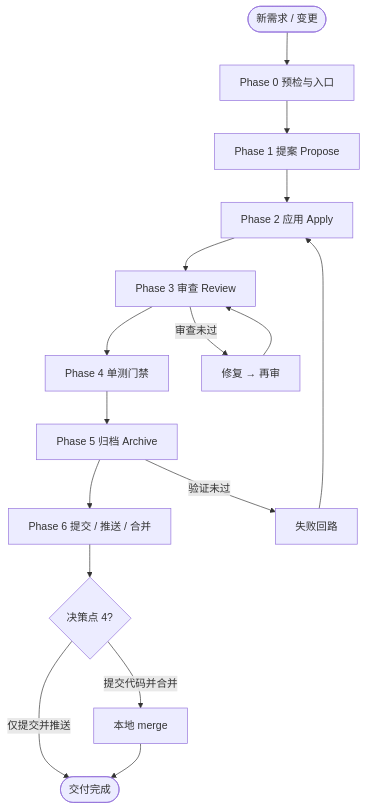
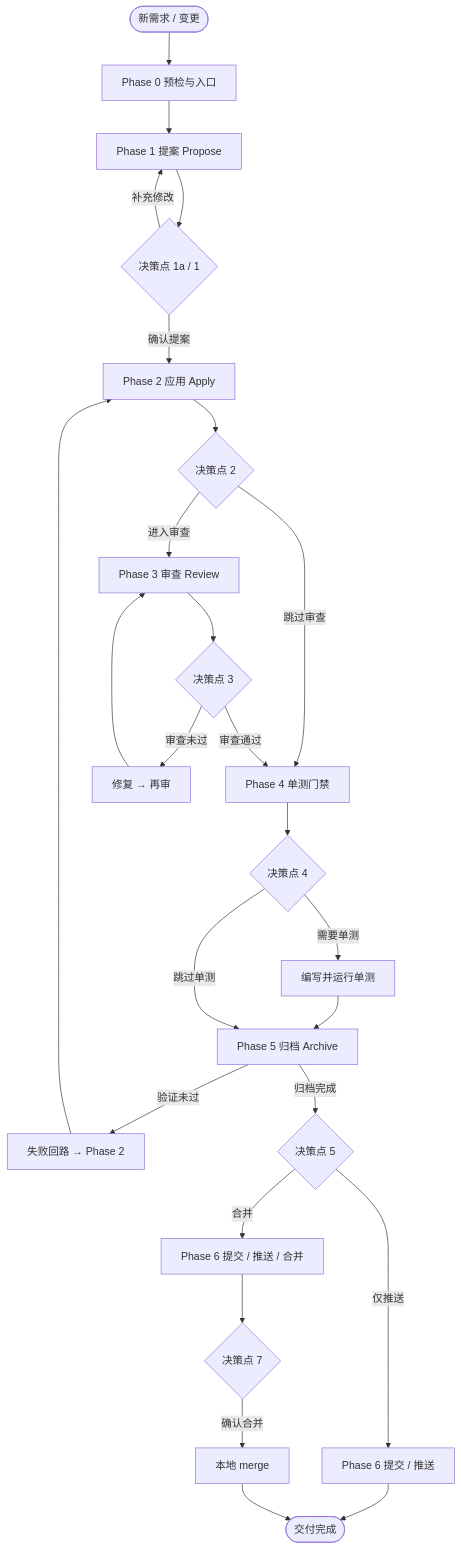
One commit to ZhaoYis/My-Skills changed the diagram in dev-pipeline/README.md. Above: the diagram before and after it, drawn with Mermaid. The commit also changed other lines of this file and 7 other files, not shown here.

````diff
--- a/dev-pipeline/README.md
+++ b/dev-pipeline/README.md
@@ -74,22 +74,36 @@
 ```mermaid
 flowchart TD
-  START(["新需求 / 变更"]) --> P0
+  START(["新需求 / 变更"]) --> P0["Phase 0 预检与入口"]
 
-  P0["Phase 0 预检与入口"]
   P0 --> P1["Phase 1 提案 Propose"]
-  P1 --> P2["Phase 2 应用 Apply"]
-  P2 --> P3["Phase 3 审查 Review"]
-  P3 --> P4["Phase 4 单测门禁"]
-  P4 --> P5["Phase 5 归档 Archive"]
-  P5 --> P6["Phase 6 提交 / 推送 / 合并"]
 
-  P3 -->|审查未过| FIX["修复 → 再审"]
+  P1 --> DP1{"决策点 1a / 1"}
+  DP1 -->|确认提案| P2["Phase 2 应用 Apply"]
+  DP1 -->|补充修改| P1
+
+  P2 --> DP2{"决策点 2"}
+  DP2 -->|进入审查| P3["Phase 3 审查 Review"]
+  DP2 -->|跳过审查| P4["Phase 4 单测门禁"]
+
+  P3 --> DP3{"决策点 3"}
+  DP3 -->|审查通过| P4
+  DP3 -->|审查未过| FIX["修复 → 再审"]
   FIX --> P3
-  P5 -->|验证未过| VFIX["失败回路"]
+
+  P4 --> DP4{"决策点 4"}
+  DP4 -->|需要单测| UT["编写并运行单测"]
+  UT --> P5["Phase 5 归档 Archive"]
+  DP4 -->|跳过单测| P5
+
+  P5 -->|验证未过| VFIX["失败回路 → Phase 2"]
   VFIX --> P2
+  P5 -->|归档完成| DP5{"决策点 5"}
+  DP5 -->|仅推送| P6["Phase 6 提交 / 推送"]
+  DP5 -->|合并| P6MERGE["Phase 6 提交 / 推送 / 合并"]
 
-  P6 --> MODE{"决策点 4?"}
-  MODE -->|仅提交并推送| DONE(["交付完成"])
-  MODE -->|提交代码并合并| MERGE["本地 merge"]
+  P6 --> DONE(["交付完成"])
+
+  P6MERGE --> DP7{"决策点 7"}
+  DP7 -->|确认合并| MERGE["本地 merge"]
   MERGE --> DONE
 ```
````
